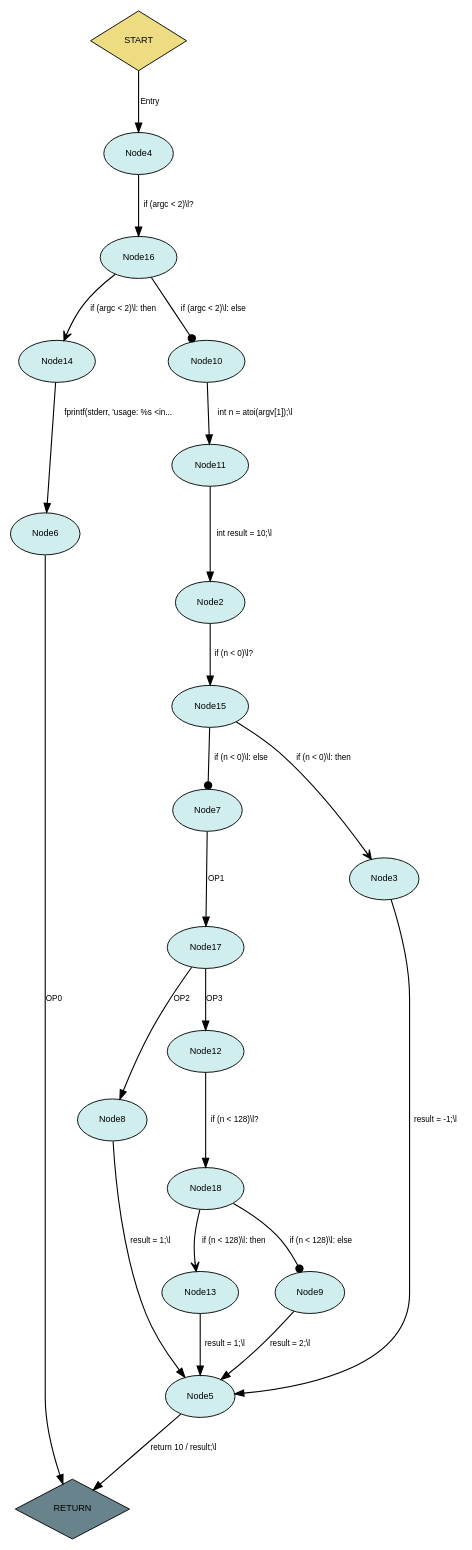
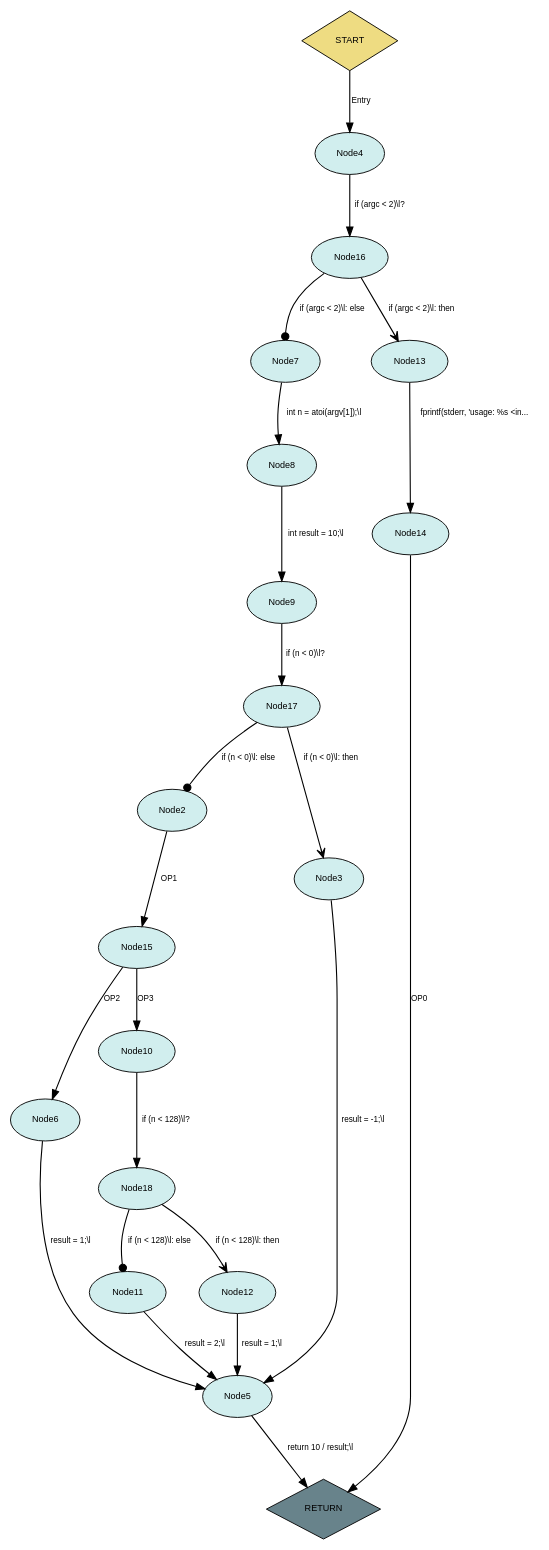
One commit to FelicitasGarcia/MimicryMonitor changed the diagram in exampleFiles/dots/llvmBasedResults/OP_CFG_DOT.dot. Above: the diagram before and after it, drawn with Graphviz. The commit also changed 37 other files, not shown here.

```diff
--- a/exampleFiles/dots/llvmBasedResults/OP_CFG_DOT.dot
+++ b/exampleFiles/dots/llvmBasedResults/OP_CFG_DOT.dot
@@ -1,51 +1,51 @@
 digraph CFG {
   rankdir=TB; // Top to bottom layout
   rank=min;
   nodesep=0.5; // Increase node separation
   ranksep=0.8; // Increase rank separation
 edge [curvature=0.3];  node [fontname="Helvetica", fontsize=10];
   edge [fontname="Helvetica", fontsize=9];
 
-  7 [label="Node7", style=filled, fillcolor="lightcyan2", shape=ellipse, margin="0.15,0.15"];
+  5 [label="Node5", style=filled, fillcolor="lightcyan2", shape=ellipse, margin="0.15,0.15"];
+  2 [label="Node2", style=filled, fillcolor="lightcyan2", shape=ellipse, margin="0.15,0.15"];
   0 [label="START", style=filled, fillcolor="lightgoldenrod2", shape=diamond, margin="0.15,0.15"];
   1 [label="RETURN", style=filled, fillcolor="lightblue4", shape=diamond, margin="0.15,0.15"];
-  2 [label="Node2", style=filled, fillcolor="lightcyan2", shape=ellipse, margin="0.15,0.15"];
   3 [label="Node3", style=filled, fillcolor="lightcyan2", shape=ellipse, margin="0.15,0.15"];
   4 [label="Node4", style=filled, fillcolor="lightcyan2", shape=ellipse, margin="0.15,0.15"];
-  5 [label="Node5", style=filled, fillcolor="lightcyan2", shape=ellipse, margin="0.15,0.15"];
-  16 [label="Node16", style=filled, fillcolor="lightcyan2", shape=ellipse, margin="0.15,0.15"];
   6 [label="Node6", style=filled, fillcolor="lightcyan2", shape=ellipse, margin="0.15,0.15"];
-  14 [label="Node14", style=filled, fillcolor="lightcyan2", shape=ellipse, margin="0.15,0.15"];
-  13 [label="Node13", style=filled, fillcolor="lightcyan2", shape=ellipse, margin="0.15,0.15"];
+  7 [label="Node7", style=filled, fillcolor="lightcyan2", shape=ellipse, margin="0.15,0.15"];
   15 [label="Node15", style=filled, fillcolor="lightcyan2", shape=ellipse, margin="0.15,0.15"];
+  18 [label="Node18", style=filled, fillcolor="lightcyan2", shape=ellipse, margin="0.15,0.15"];
   8 [label="Node8", style=filled, fillcolor="lightcyan2", shape=ellipse, margin="0.15,0.15"];
   9 [label="Node9", style=filled, fillcolor="lightcyan2", shape=ellipse, margin="0.15,0.15"];
+  10 [label="Node10", style=filled, fillcolor="lightcyan2", shape=ellipse, margin="0.15,0.15"];
+  16 [label="Node16", style=filled, fillcolor="lightcyan2", shape=ellipse, margin="0.15,0.15"];
+  17 [label="Node17", style=filled, fillcolor="lightcyan2", shape=ellipse, margin="0.15,0.15"];
+  14 [label="Node14", style=filled, fillcolor="lightcyan2", shape=ellipse, margin="0.15,0.15"];
   11 [label="Node11", style=filled, fillcolor="lightcyan2", shape=ellipse, margin="0.15,0.15"];
-  17 [label="Node17", style=filled, fillcolor="lightcyan2", shape=ellipse, margin="0.15,0.15"];
-  18 [label="Node18", style=filled, fillcolor="lightcyan2", shape=ellipse, margin="0.15,0.15"];
-  10 [label="Node10", style=filled, fillcolor="lightcyan2", shape=ellipse, margin="0.15,0.15"];
+  13 [label="Node13", style=filled, fillcolor="lightcyan2", shape=ellipse, margin="0.15,0.15"];
   12 [label="Node12", style=filled, fillcolor="lightcyan2", shape=ellipse, margin="0.15,0.15"];
 
   0 -> 4 [label="Entry", id=10, arrowhead=normal, penwidth=1.2];
   4 -> 16 [label="if (argc \< 2)\\l?", id=10, arrowhead=normal, penwidth=1.2];
-  16 -> 14 [label="if (argc \< 2)\\l: then", id=10, arrowhead=vee, penwidth=1.2];
-  16 -> 10 [label="if (argc \< 2)\\l: else", id=10, arrowhead=dot, penwidth=1.2];
-  14 -> 6 [label="fprintf(stderr, 'usage: %s \<in...", id=12, arrowhead=normal, penwidth=1.2];
-  6 -> 1 [label="OP0", id=13, arrowhead=normal, penwidth=1.2];
-  10 -> 11 [label="int n = atoi(argv[1]);\\l", id=15, arrowhead=normal, penwidth=1.2];
-  11 -> 2 [label="int result = 10;\\l", id=16, arrowhead=normal, penwidth=1.2];
-  2 -> 15 [label="if (n \< 0)\\l?", id=17, arrowhead=normal, penwidth=1.2];
-  15 -> 3 [label="if (n \< 0)\\l: then", id=17, arrowhead=vee, penwidth=1.2];
-  15 -> 7 [label="if (n \< 0)\\l: else", id=17, arrowhead=dot, penwidth=1.2];
+  16 -> 13 [label="if (argc \< 2)\\l: then", id=10, arrowhead=vee, penwidth=1.2];
+  16 -> 7 [label="if (argc \< 2)\\l: else", id=10, arrowhead=dot, penwidth=1.2];
+  13 -> 14 [label="fprintf(stderr, 'usage: %s \<in...", id=12, arrowhead=normal, penwidth=1.2];
+  14 -> 1 [label="OP0", id=13, arrowhead=normal, penwidth=1.2];
+  7 -> 8 [label="int n = atoi(argv[1]);\\l", id=15, arrowhead=normal, penwidth=1.2];
+  8 -> 9 [label="int result = 10;\\l", id=16, arrowhead=normal, penwidth=1.2];
+  9 -> 17 [label="if (n \< 0)\\l?", id=17, arrowhead=normal, penwidth=1.2];
+  17 -> 3 [label="if (n \< 0)\\l: then", id=17, arrowhead=vee, penwidth=1.2];
+  17 -> 2 [label="if (n \< 0)\\l: else", id=17, arrowhead=dot, penwidth=1.2];
   3 -> 5 [label="result = -1;\\l", id=18, arrowhead=normal, penwidth=1.2];
-  7 -> 17 [label="OP1", id=19, arrowhead=normal, penwidth=1.2];
-  17 -> 8 [label="OP2", id=19, arrowhead=normal, penwidth=1.2];
-  17 -> 12 [label="OP3", id=19, arrowhead=normal, penwidth=1.2];
-  8 -> 5 [label="result = 1;\\l", id=20, arrowhead=normal, penwidth=1.2];
-  12 -> 18 [label="if (n \< 128)\\l?", id=21, arrowhead=normal, penwidth=1.2];
-  18 -> 13 [label="if (n \< 128)\\l: then", id=21, arrowhead=vee, penwidth=1.2];
-  18 -> 9 [label="if (n \< 128)\\l: else", id=21, arrowhead=dot, penwidth=1.2];
-  13 -> 5 [label="result = 1;\\l", id=22, arrowhead=normal, penwidth=1.2];
-  9 -> 5 [label="result = 2;\\l", id=24, arrowhead=normal, penwidth=1.2];
+  2 -> 15 [label="OP1", id=19, arrowhead=normal, penwidth=1.2];
+  15 -> 6 [label="OP2", id=19, arrowhead=normal, penwidth=1.2];
+  15 -> 10 [label="OP3", id=19, arrowhead=normal, penwidth=1.2];
+  6 -> 5 [label="result = 1;\\l", id=20, arrowhead=normal, penwidth=1.2];
+  10 -> 18 [label="if (n \< 128)\\l?", id=21, arrowhead=normal, penwidth=1.2];
+  18 -> 12 [label="if (n \< 128)\\l: then", id=21, arrowhead=vee, penwidth=1.2];
+  18 -> 11 [label="if (n \< 128)\\l: else", id=21, arrowhead=dot, penwidth=1.2];
+  12 -> 5 [label="result = 1;\\l", id=22, arrowhead=normal, penwidth=1.2];
+  11 -> 5 [label="result = 2;\\l", id=24, arrowhead=normal, penwidth=1.2];
   5 -> 1 [label="return 10 / result;\\l", id=25, arrowhead=normal, penwidth=1.2];
 }
```
